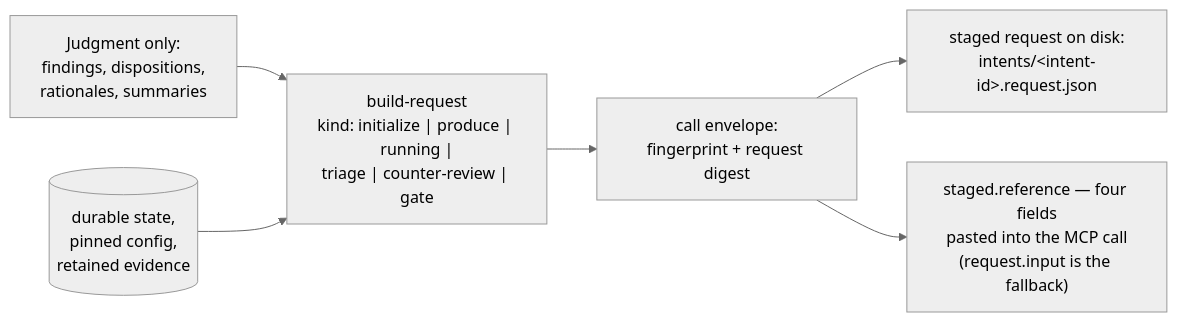
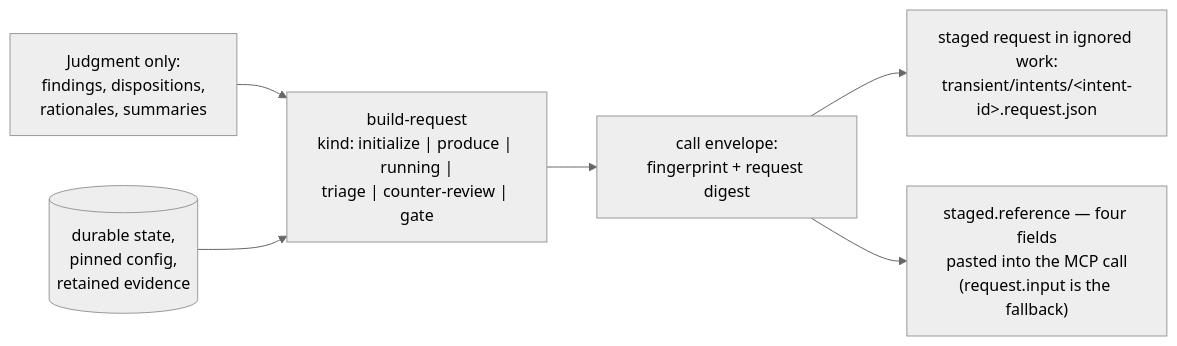
The diagram in docs/cli/COMMANDS.md (Aroton/ArchflowV2), drawn with Mermaid (neutral theme) before and after one commit. The commit also changed other lines of this file and 261 other files, not shown here.

````diff
--- a/docs/cli/COMMANDS.md
+++ b/docs/cli/COMMANDS.md
@@ -63,8 +63,8 @@
 ```mermaid
 flowchart LR
     J["Judgment only:<br/>findings, dispositions,<br/>rationales, summaries"] --> BR["build-request<br/>kind: initialize | produce | running |<br/>triage | counter-review | gate"]
     DS[("durable state,<br/>pinned config,<br/>retained evidence")] --> BR
     BR --> ENV["call envelope:<br/>fingerprint + request digest"]
-    ENV --> STG["staged request on disk:<br/>intents/&lt;intent-id&gt;.request.json"]
+    ENV --> STG["staged request in ignored work:<br/>transient/intents/&lt;intent-id&gt;.request.json"]
     ENV --> OUT["staged.reference — four fields<br/>pasted into the MCP call<br/>(request.input is the fallback)"]
 ```
````
